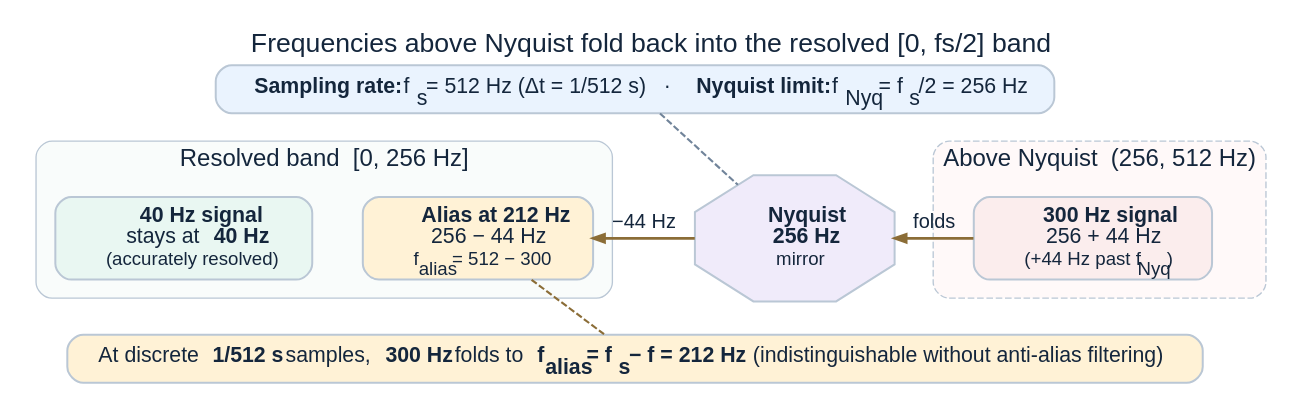
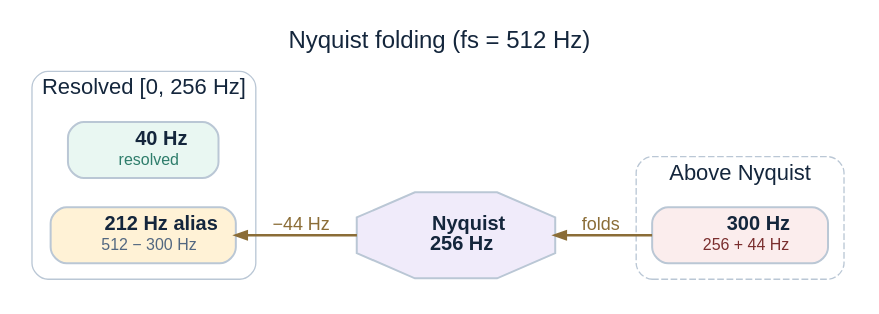
Before and after one commit to xangma/jupyter_data_languages: the diagram in book/diagrams/nyquist-aliasing.dot, drawn with Graphviz. The commit also changed 20 other files, not shown here.

Commit message:
Trim all remaining Primer, Session 1, Session 3, and Signal diagrams

```diff
--- a/book/diagrams/nyquist-aliasing.dot
+++ b/book/diagrams/nyquist-aliasing.dot
@@ -1,69 +1,50 @@
-// Source: 01-catalogue.ipynb; Nyquist limit and spectral folding / aliasing.
+// Source: 04-signal-extension.ipynb; Nyquist folding across fs/2.
 digraph nyquist_aliasing {
   graph [
-    bgcolor="white", fontname="Arial", fontsize=20, fontcolor="#14263C",
-    label="Frequencies above Nyquist fold back into the resolved [0, fs/2] band",
-    labelloc=t, rankdir=TB, newrank=true, nodesep=0.26, ranksep=0.34, pad=0.16
+    bgcolor="white", fontname="Arial", fontsize=18, fontcolor="#14263C",
+    label="Nyquist folding (fs = 512 Hz)",
+    labelloc=t, rankdir=LR, newrank=true, nodesep=0.30, ranksep=0.44, pad=0.14
   ];
   node [
-    shape=box, style="rounded,filled", fontname="Arial", fontsize=16,
-    fontcolor="#14263C", color="#BAC7D5", penwidth=1.5, margin="0.14,0.10"
+    shape=box, style="rounded,filled", fontname="Arial", fontsize=15,
+    fontcolor="#14263C", color="#BAC7D5", penwidth=1.5, margin="0.14,0.09"
   ];
   edge [
-    fontname="Arial", fontsize=15, fontcolor="#14263C",
-    color="#526780", penwidth=1.6, arrowsize=0.85
+    fontname="Arial", fontsize=13.5, fontcolor="#14263C",
+    color="#526780", penwidth=1.6, arrowsize=0.82
   ];
 
-  setup [fillcolor="#EAF3FE", label=<
-    <B>Sampling rate:</B> f<SUB>s</SUB> = 512 Hz (&Delta;t = 1/512 s)   &middot;   <B>Nyquist limit:</B> f<SUB>Nyq</SUB> = f<SUB>s</SUB>/2 = 256 Hz
-  >];
-
   subgraph cluster_resolved {
-    label="Resolved band  [0, 256 Hz]";
-    fontsize=18; style="rounded"; color="#BAC7D5"; bgcolor="#F9FCFB"; margin=14;
+    label="Resolved [0, 256 Hz]";
+    fontsize=16.5; style="rounded"; color="#BAC7D5"; margin=12;
 
     f40 [fillcolor="#E9F7F2", label=<
-      <B>40 Hz signal</B><BR/>
-      stays at <B>40 Hz</B><BR/>
-      <FONT POINT-SIZE="14">(accurately resolved)</FONT>
+      <B>40 Hz</B><BR/>
+      <FONT POINT-SIZE="12.5" COLOR="#2E7D6B">resolved</FONT>
     >];
 
     f212 [fillcolor="#FFF2D6", label=<
-      <B>Alias at 212 Hz</B><BR/>
-      256 &minus; 44 Hz<BR/>
-      <FONT POINT-SIZE="14">f<SUB>alias</SUB> = 512 &minus; 300</FONT>
+      <B>212 Hz alias</B><BR/>
+      <FONT POINT-SIZE="12.5" COLOR="#526780">512 − 300 Hz</FONT>
     >];
+    { rank=same; f40; f212; }
   }
 
   mirror [shape=octagon, style="filled", fillcolor="#F0EBFA", label=<
     <B>Nyquist</B><BR/>
-    <B>256 Hz</B><BR/>
-    <FONT POINT-SIZE="14">mirror</FONT>
+    <B>256 Hz</B>
   >];
 
   subgraph cluster_above {
-    label="Above Nyquist  (256, 512 Hz)";
-    fontsize=18; style="rounded,dashed"; color="#BAC7D5"; bgcolor="#FFF9F9"; margin=14;
+    label="Above Nyquist";
+    fontsize=16.5; style="rounded,dashed"; color="#BAC7D5"; margin=12;
 
     f300 [fillcolor="#FBEDED", label=<
-      <B>300 Hz signal</B><BR/>
-      256 + 44 Hz<BR/>
-      <FONT POINT-SIZE="14">(+44 Hz past f<SUB>Nyq</SUB>)</FONT>
+      <B>300 Hz</B><BR/>
+      <FONT POINT-SIZE="12.5" COLOR="#7A2E2E">256 + 44 Hz</FONT>
     >];
   }
 
-  takeaway [fillcolor="#FFF2D6", label=<
-    At discrete <B>1/512 s</B> samples, <B>300 Hz</B> folds to <B>f<SUB>alias</SUB> = f<SUB>s</SUB> &minus; f = 212 Hz</B> (indistinguishable without anti-alias filtering)
-  >];
-
-  { rank=same; f40; f212; mirror; f300; }
-
-  setup -> f212 [style=invis];
-  setup -> mirror [style=dashed, arrowhead=none, color="#71849A"];
-  f40 -> f212 [style=invis];
-  f212 -> mirror [dir=back, color="#8B6D37", penwidth=2.0, label=" −44 Hz "];
-  mirror -> f300 [dir=back, color="#8B6D37", penwidth=2.0, label=" folds "];
-
-  f212 -> takeaway [style=dashed, arrowhead=none, color="#8B6D37"];
-  mirror -> takeaway [style=invis];
+  f212 -> mirror [dir=back, color="#8B6D37", fontcolor="#8B6D37", penwidth=1.8, label=" −44 Hz "];
+  mirror -> f300 [dir=back, color="#8B6D37", fontcolor="#8B6D37", penwidth=1.8, label=" folds "];
 }
```
